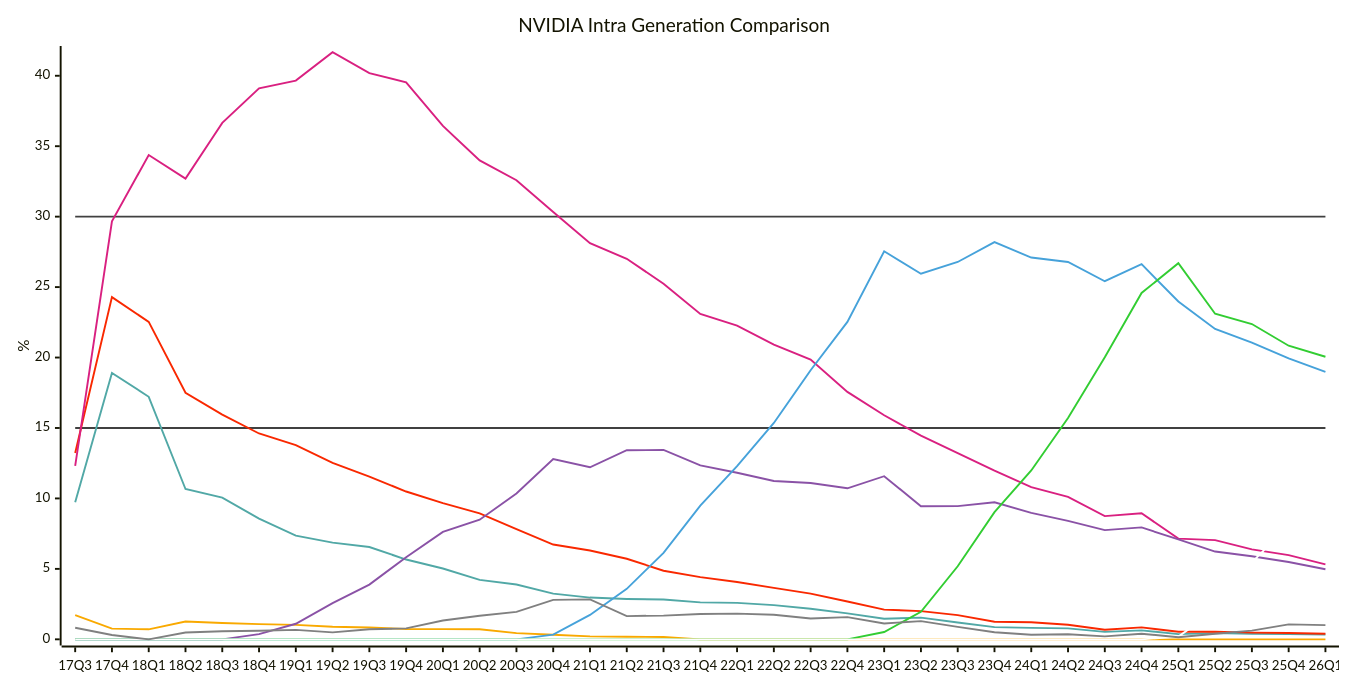
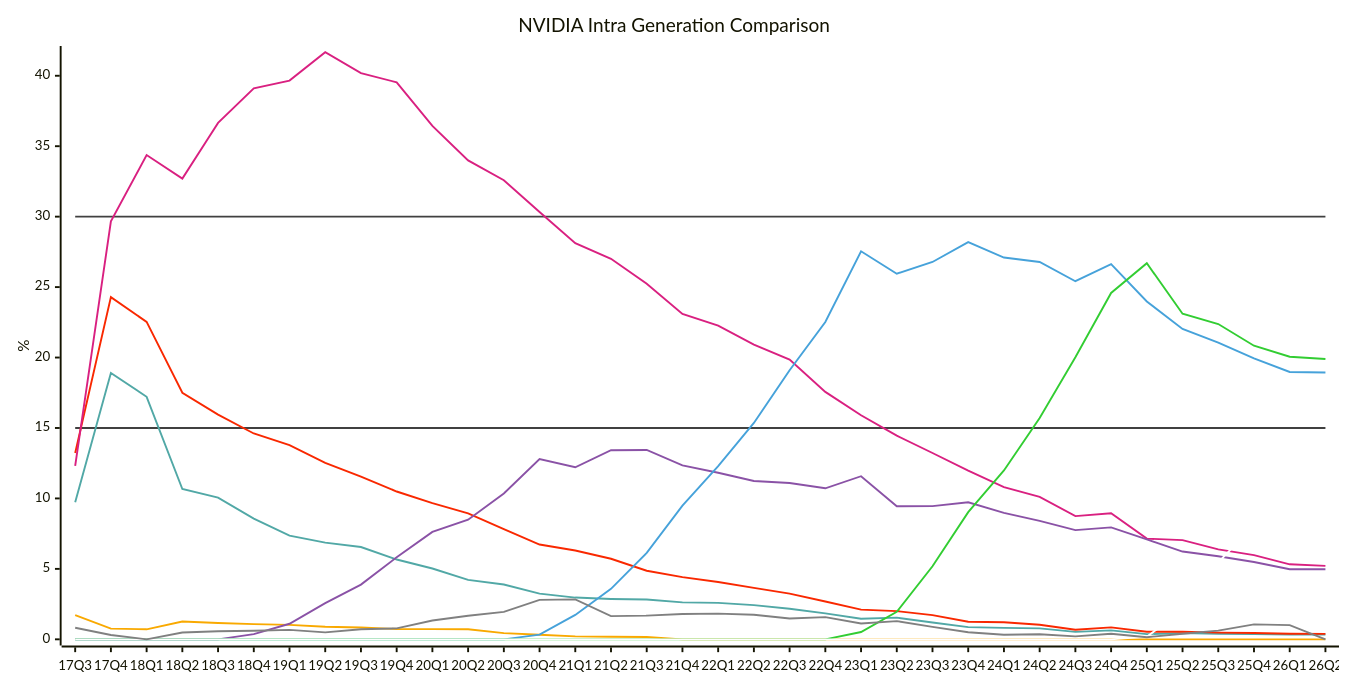
Before and after one commit to jdegene/steamHWsurvey: the second of 31 diagrams in README.md, drawn with Mermaid. The commit also changed other lines of this file and 3 other files, not shown here.

````diff
--- a/README.md
+++ b/README.md
@@ -110,29 +110,29 @@
 ```mermaid
 ---
 config:
     xyChart:
         width: 1400
         height: 700
         
     themeVariables:
         xyChart:
             plotColorPalette: "#404040,#404040,#51a8a6,#f9a900,#f92800,#d92080,#8a52a6,#46a2da,#32CD32,#FFFFFF,#808080"
 
 --- 
 
 xychart-beta
     title "NVIDIA Intra Generation Comparison"
-    x-axis [17Q3, 17Q4, 18Q1, 18Q2, 18Q3, 18Q4, 19Q1, 19Q2, 19Q3, 19Q4, 20Q1, 20Q2, 20Q3, 20Q4, 21Q1, 21Q2, 21Q3, 21Q4, 22Q1, 22Q2, 22Q3, 22Q4, 23Q1, 23Q2, 23Q3, 23Q4, 24Q1, 24Q2, 24Q3, 24Q4, 25Q1, 25Q2, 25Q3, 25Q4, 26Q1]
+    x-axis [17Q3, 17Q4, 18Q1, 18Q2, 18Q3, 18Q4, 19Q1, 19Q2, 19Q3, 19Q4, 20Q1, 20Q2, 20Q3, 20Q4, 21Q1, 21Q2, 21Q3, 21Q4, 22Q1, 22Q2, 22Q3, 22Q4, 23Q1, 23Q2, 23Q3, 23Q4, 24Q1, 24Q2, 24Q3, 24Q4, 25Q1, 25Q2, 25Q3, 25Q4, 26Q1, 26Q2]
     y-axis "%" 
- line [15, 15, 15, 15, 15, 15, 15, 15, 15, 15, 15, 15, 15, 15, 15, 15, 15, 15, 15, 15, 15, 15, 15, 15, 15, 15, 15, 15, 15, 15, 15, 15, 15, 15, 15]
- line [30, 30, 30, 30, 30, 30, 30, 30, 30, 30, 30, 30, 30, 30, 30, 30, 30, 30, 30, 30, 30, 30, 30, 30, 30, 30, 30, 30, 30, 30, 30, 30, 30, 30, 30]
-    line [9.725, 18.91, 17.213333333333335, 10.666666666666668, 10.056666666666668, 8.57, 7.359999999999999, 6.866666666666667, 6.553333333333333, 5.663333333333333, 5.026666666666666, 4.22, 3.8899999999999997, 3.2466666666666666, 2.9633333333333334, 2.8666666666666663, 2.8233333333333333, 2.62, 2.5866666666666664, 2.4266666666666667, 2.17, 1.8433333333333333, 1.4633333333333332, 1.5366666666666666, 1.1933333333333331, 0.8633333333333333, 0.8133333333333335, 0.78, 0.5266666666666667, 0.6366666666666666, 0.36666666666666664, 0.44333333333333336, 0.4, 0.36666666666666664, 0.345]
-    line [1.71, 0.76, 0.71, 1.26, 1.1633333333333333, 1.0799999999999998, 1.0233333333333332, 0.8966666666666666, 0.8433333333333333, 0.73, 0.7266666666666667, 0.71, 0.44333333333333336, 0.32666666666666666, 0.20666666666666667, 0.18000000000000002, 0.16999999999999998, 0, 0, 0, 0, 0, 0, 0, 0, 0, 0, 0, 0, 0, 0, 0, 0, 0, 0]
-    line [13.23, 24.286666666666665, 22.529999999999998, 17.503333333333334, 15.953333333333333, 14.610000000000001, 13.783333333333333, 12.520000000000001, 11.553333333333333, 10.489999999999998, 9.670000000000002, 8.946666666666667, 7.816666666666666, 6.7299999999999995, 6.303333333333333, 5.716666666666667, 4.866666666666667, 4.416666666666667, 4.066666666666666, 3.6533333333333333, 3.2433333333333336, 2.6833333333333336, 2.106666666666667, 2.0033333333333334, 1.7166666666666668, 1.2466666666666668, 1.21, 1.0333333333333332, 0.6766666666666666, 0.8466666666666666, 0.5366666666666666, 0.5466666666666667, 0.4766666666666666, 0.44999999999999996, 0.4]
-    line [12.305, 29.66333333333333, 34.37333333333333, 32.7, 36.653333333333336, 39.10666666666667, 39.656666666666666, 41.67, 40.18333333333333, 39.53333333333333, 36.43666666666667, 33.989999999999995, 32.583333333333336, 30.330000000000002, 28.12, 27.006666666666668, 25.240000000000002, 23.096666666666664, 22.27, 20.92, 19.853333333333335, 17.56, 15.906666666666666, 14.453333333333331, 13.223333333333331, 11.966666666666665, 10.803333333333333, 10.110000000000001, 8.743333333333332, 8.949999999999998, 7.1499999999999995, 7.04, 6.386666666666667, 5.973333333333334, 5.323333333333333]
-    line [0, 0, 0, 0, 0, 0.37, 1.1033333333333333, 2.5700000000000003, 3.883333333333333, 5.823333333333333, 7.62, 8.493333333333334, 10.353333333333332, 12.796666666666667, 12.213333333333333, 13.420000000000002, 13.44, 12.346666666666668, 11.820000000000002, 11.236666666666666, 11.096666666666666, 10.72, 11.576666666666668, 9.443333333333333, 9.453333333333331, 9.726666666666667, 8.973333333333333, 8.406666666666666, 7.75, 7.9433333333333325, 7.090000000000001, 6.23, 5.8933333333333335, 5.486666666666666, 4.976666666666666]
-    line [0, 0, 0, 0, 0, 0, 0, 0, 0, 0, 0, 0, 0, 0.33499999999999996, 1.73, 3.58, 6.140000000000001, 9.483333333333333, 12.293333333333333, 15.356666666666666, 19.096666666666664, 22.526666666666664, 27.540000000000003, 25.94666666666667, 26.78333333333333, 28.196666666666665, 27.099999999999998, 26.78333333333333, 25.416666666666664, 26.626666666666665, 23.976666666666667, 22.03, 21.063333333333333, 19.933333333333334, 18.974999999999994]
-    line [0, 0, 0, 0, 0, 0, 0, 0, 0, 0, 0, 0, 0, 0, 0, 0, 0, 0, 0, 0, 0, 0, 0.52, 1.95, 5.183333333333334, 9.023333333333333, 11.983333333333334, 15.706666666666665, 20.026666666666667, 24.583333333333336, 26.693333333333335, 23.11, 22.376666666666665, 20.84, 20.058333333333323]
-    line [0, 0, 0, 0, 0, 0, 0, 0, 0, 0, 0, 0, 0, 0, 0, 0, 0, 0, 0, 0, 0, 0, 0, 0, 0, 0, 0, 0, 0, 0, 0.19, 2.0233333333333334, 5.463333333333334, 8.09, 11.408333333333324]
-    line [0.8199999999999998, 0.31000000000000005, 0, 0.48, 0.5700000000000001, 0.6133333333333334, 0.67, 0.49000000000000005, 0.71, 0.7766666666666667, 1.3333333333333335, 1.6733333333333333, 1.95, 2.796666666666667, 2.833333333333333, 1.6500000000000001, 1.6833333333333336, 1.7933333333333332, 1.8233333333333335, 1.7466666666666668, 1.4766666666666666, 1.5733333333333335, 1.1266666666666667, 1.2933333333333332, 0.8833333333333334, 0.5050000000000001, 0.32666666666666666, 0.35666666666666674, 0.21, 0.4, 0.15, 0.4, 0.6166666666666667, 1.06, 1.005]
+ line [15, 15, 15, 15, 15, 15, 15, 15, 15, 15, 15, 15, 15, 15, 15, 15, 15, 15, 15, 15, 15, 15, 15, 15, 15, 15, 15, 15, 15, 15, 15, 15, 15, 15, 15, 15]
+ line [30, 30, 30, 30, 30, 30, 30, 30, 30, 30, 30, 30, 30, 30, 30, 30, 30, 30, 30, 30, 30, 30, 30, 30, 30, 30, 30, 30, 30, 30, 30, 30, 30, 30, 30, 30]
+    line [9.725, 18.91, 17.213333333333335, 10.666666666666668, 10.056666666666668, 8.57, 7.359999999999999, 6.866666666666667, 6.553333333333333, 5.663333333333333, 5.026666666666666, 4.22, 3.8899999999999997, 3.2466666666666666, 2.9633333333333334, 2.8666666666666663, 2.8233333333333333, 2.62, 2.5866666666666664, 2.4266666666666667, 2.17, 1.8433333333333333, 1.4633333333333332, 1.5366666666666666, 1.1933333333333331, 0.8633333333333333, 0.8133333333333335, 0.78, 0.5266666666666667, 0.6366666666666666, 0.36666666666666664, 0.44333333333333336, 0.4, 0.36666666666666664, 0.345, 0.34]
+    line [1.71, 0.76, 0.71, 1.26, 1.1633333333333333, 1.0799999999999998, 1.0233333333333332, 0.8966666666666666, 0.8433333333333333, 0.73, 0.7266666666666667, 0.71, 0.44333333333333336, 0.32666666666666666, 0.20666666666666667, 0.18000000000000002, 0.16999999999999998, 0, 0, 0, 0, 0, 0, 0, 0, 0, 0, 0, 0, 0, 0, 0, 0, 0, 0, 0]
+    line [13.23, 24.286666666666665, 22.529999999999998, 17.503333333333334, 15.953333333333333, 14.610000000000001, 13.783333333333333, 12.520000000000001, 11.553333333333333, 10.489999999999998, 9.670000000000002, 8.946666666666667, 7.816666666666666, 6.7299999999999995, 6.303333333333333, 5.716666666666667, 4.866666666666667, 4.416666666666667, 4.066666666666666, 3.6533333333333333, 3.2433333333333336, 2.6833333333333336, 2.106666666666667, 2.0033333333333334, 1.7166666666666668, 1.2466666666666668, 1.21, 1.0333333333333332, 0.6766666666666666, 0.8466666666666666, 0.5366666666666666, 0.5466666666666667, 0.4766666666666666, 0.44999999999999996, 0.4, 0.38999999999999996]
+    line [12.305, 29.66333333333333, 34.37333333333333, 32.7, 36.653333333333336, 39.10666666666667, 39.656666666666666, 41.67, 40.18333333333333, 39.53333333333333, 36.43666666666667, 33.989999999999995, 32.583333333333336, 30.330000000000002, 28.12, 27.006666666666668, 25.240000000000002, 23.096666666666664, 22.27, 20.92, 19.853333333333335, 17.56, 15.906666666666666, 14.453333333333331, 13.223333333333331, 11.966666666666665, 10.803333333333333, 10.110000000000001, 8.743333333333332, 8.949999999999998, 7.1499999999999995, 7.04, 6.386666666666667, 5.973333333333334, 5.323333333333333, 5.209999999999989]
+    line [0, 0, 0, 0, 0, 0.37, 1.1033333333333333, 2.5700000000000003, 3.883333333333333, 5.823333333333333, 7.62, 8.493333333333334, 10.353333333333332, 12.796666666666667, 12.213333333333333, 13.420000000000002, 13.44, 12.346666666666668, 11.820000000000002, 11.236666666666666, 11.096666666666666, 10.72, 11.576666666666668, 9.443333333333333, 9.453333333333331, 9.726666666666667, 8.973333333333333, 8.406666666666666, 7.75, 7.9433333333333325, 7.090000000000001, 6.23, 5.8933333333333335, 5.486666666666666, 4.976666666666666, 4.96999999999999]
+    line [0, 0, 0, 0, 0, 0, 0, 0, 0, 0, 0, 0, 0, 0.33499999999999996, 1.73, 3.58, 6.140000000000001, 9.483333333333333, 12.293333333333333, 15.356666666666666, 19.096666666666664, 22.526666666666664, 27.540000000000003, 25.94666666666667, 26.78333333333333, 28.196666666666665, 27.099999999999998, 26.78333333333333, 25.416666666666664, 26.626666666666665, 23.976666666666667, 22.03, 21.063333333333333, 19.933333333333334, 18.974999999999994, 18.93999999999999]
+    line [0, 0, 0, 0, 0, 0, 0, 0, 0, 0, 0, 0, 0, 0, 0, 0, 0, 0, 0, 0, 0, 0, 0.52, 1.95, 5.183333333333334, 9.023333333333333, 11.983333333333334, 15.706666666666665, 20.026666666666667, 24.583333333333336, 26.693333333333335, 23.11, 22.376666666666665, 20.84, 20.058333333333323, 19.89999999999999]
+    line [0, 0, 0, 0, 0, 0, 0, 0, 0, 0, 0, 0, 0, 0, 0, 0, 0, 0, 0, 0, 0, 0, 0, 0, 0, 0, 0, 0, 0, 0, 0.19, 2.0233333333333334, 5.463333333333334, 8.09, 11.408333333333324, 13.40999999999998]
+    line [0.8199999999999998, 0.31000000000000005, 0, 0.48, 0.5700000000000001, 0.6133333333333334, 0.67, 0.49000000000000005, 0.71, 0.7766666666666667, 1.3333333333333335, 1.6733333333333333, 1.95, 2.796666666666667, 2.833333333333333, 1.6500000000000001, 1.6833333333333336, 1.7933333333333332, 1.8233333333333335, 1.7466666666666668, 1.4766666666666666, 1.5733333333333335, 1.1266666666666667, 1.2933333333333332, 0.8833333333333334, 0.5050000000000001, 0.32666666666666666, 0.35666666666666674, 0.21, 0.4, 0.15, 0.4, 0.6166666666666667, 1.06, 1.005, 0]
 ``` 
````
